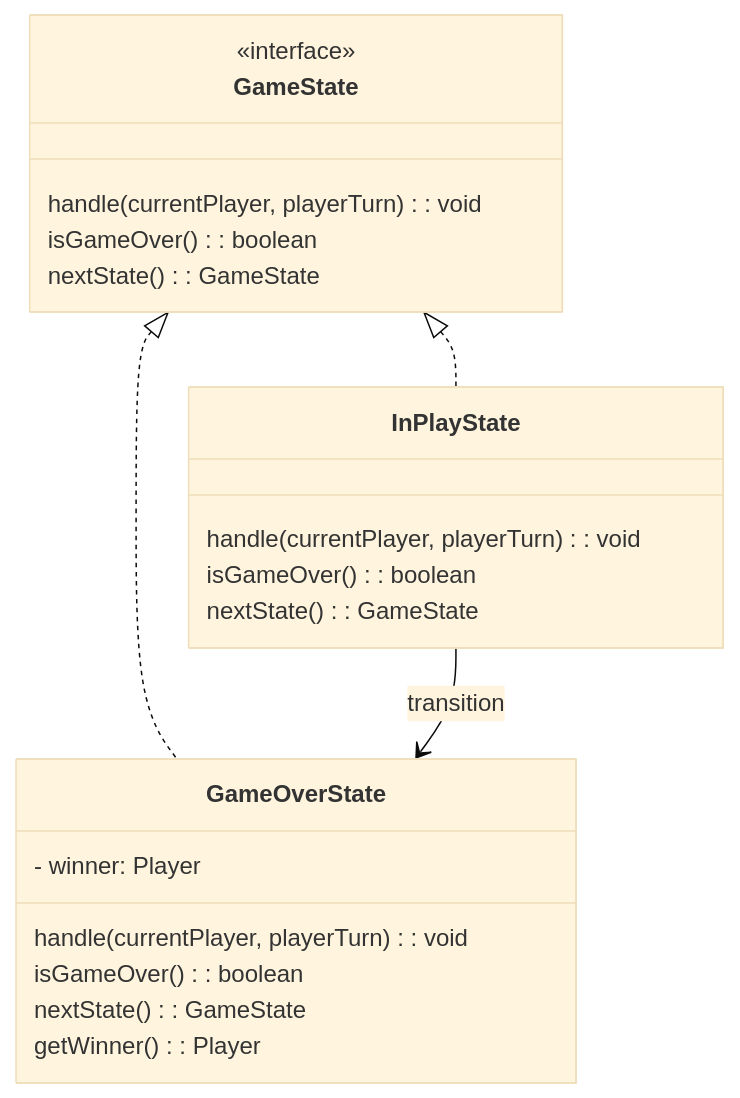
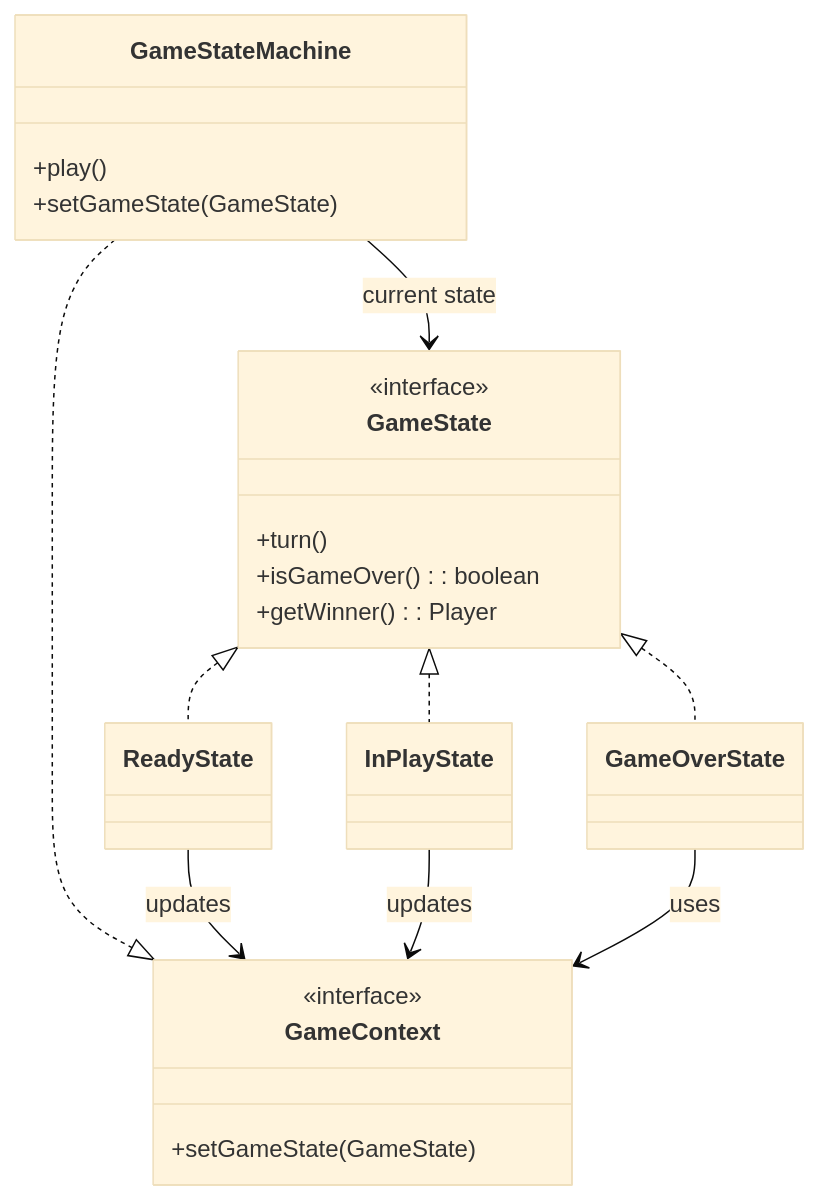
Diagram 18 of 30 in README.md (SirRmelTheThird/HyperJump), drawn with Mermaid (base theme) before and after one commit. The commit also changed other lines of this file, not shown here.

````diff
--- a/README.md
+++ b/README.md
@@ -715,27 +822,36 @@
 ```mermaid
 classDiagram
-GameState <|.. InPlayState
-GameState <|.. GameOverState
-InPlayState --> GameOverState : transition
+    GameState <|.. ReadyState
+    GameState <|.. InPlayState
+    GameState <|.. GameOverState
+
+    GameStateMachine --> GameState : current state
+    GameStateMachine ..|> GameContext
+
+    ReadyState --> GameContext : updates
+    InPlayState --> GameContext : updates
+    GameOverState --> GameContext : uses
 
     class GameState {
         <<interface>>
-        handle(currentPlayer, playerTurn): void
-        isGameOver(): boolean
-        nextState(): GameState
+        +turn()
+        +isGameOver(): boolean
+        +getWinner(): Player
     }
 
-    class InPlayState {
-        handle(currentPlayer, playerTurn): void
-        isGameOver(): boolean
-        nextState(): GameState
+    class GameContext {
+        <<interface>>
+        +setGameState(GameState)
     }
 
-    class GameOverState {
-        - winner: Player
-        handle(currentPlayer, playerTurn): void
-        isGameOver(): boolean
-        nextState(): GameState
-        getWinner(): Player
+    class GameStateMachine {
+        +play()
+        +setGameState(GameState)
     }
+
+    class ReadyState
+
+    class InPlayState
+
+    class GameOverState
 ```
````
